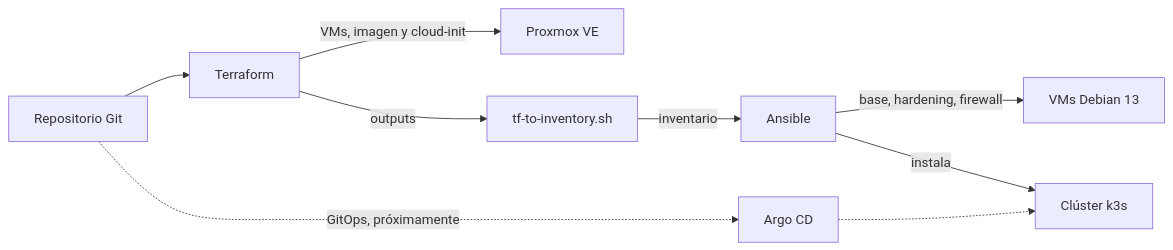
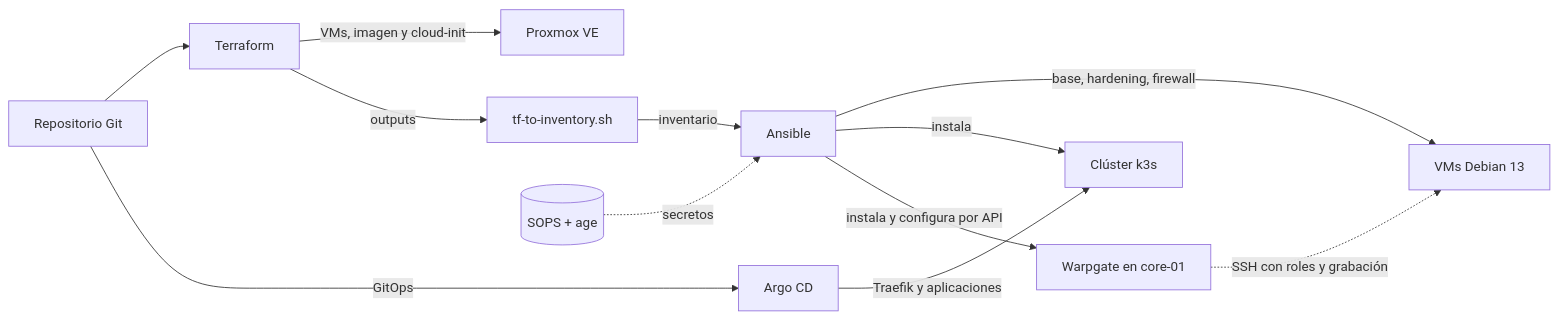
Before and after one commit to nachogtan/tfg-plataforma-hibrida: the diagram in README.md, drawn with Mermaid. The commit also changed other lines of this file and 1 other file, not shown here.

Commit message:
docs: README y mapa del repositorio al día
Diagrama con Argo CD, Warpgate y SOPS; mapa con runbooks, pruebas y diario completos.

````diff
--- a/README.md
+++ b/README.md
@@ -12,11 +12,14 @@
 ```mermaid
 flowchart LR
     A[Repositorio Git] --> B[Terraform]
     B -->|VMs, imagen y cloud-init| C[Proxmox VE]
     B -->|outputs| D[tf-to-inventory.sh]
     D -->|inventario| E[Ansible]
+    S[(SOPS + age)] -.->|secretos| E
     E -->|base, hardening, firewall| F[VMs Debian 13]
     E -->|instala| G[Clúster k3s]
-    A -.->|GitOps, próximamente| H[Argo CD]
-    H -.-> G
+    E -->|instala y configura por API| W[Warpgate en core-01]
+    A -->|GitOps| H[Argo CD]
+    H -->|Traefik y aplicaciones| G
+    W -.->|SSH con roles y grabación| F
 ```
````
